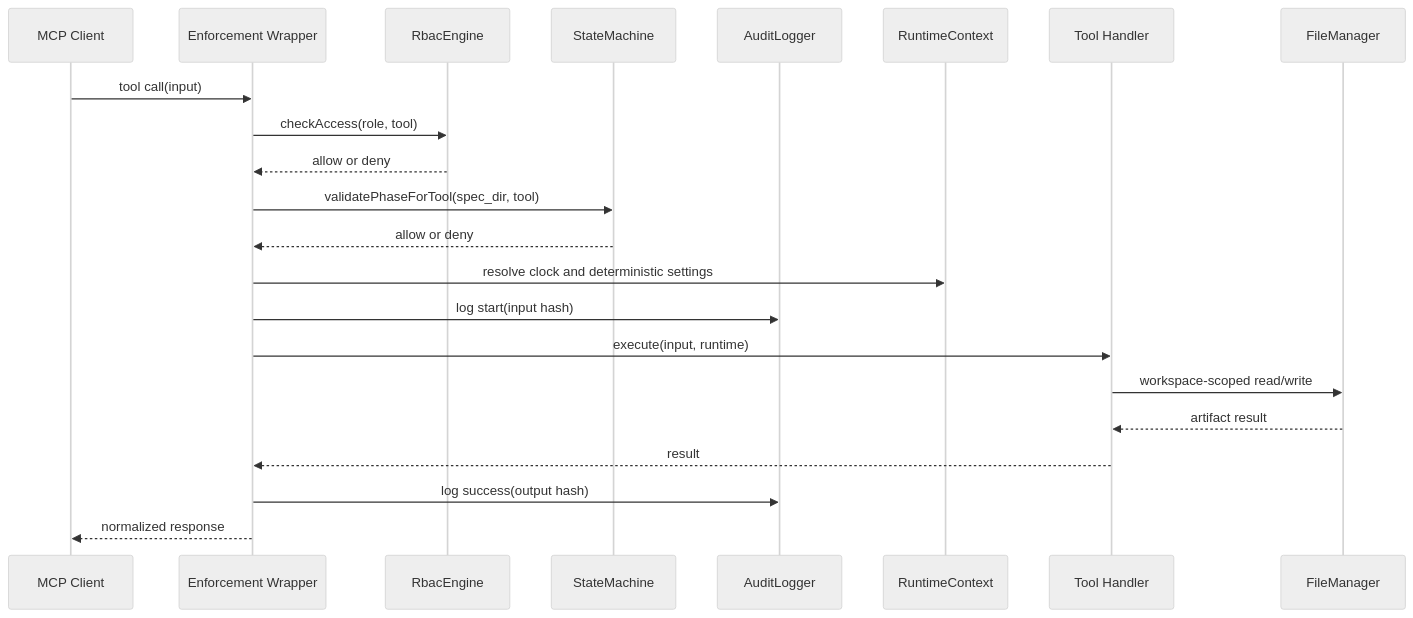
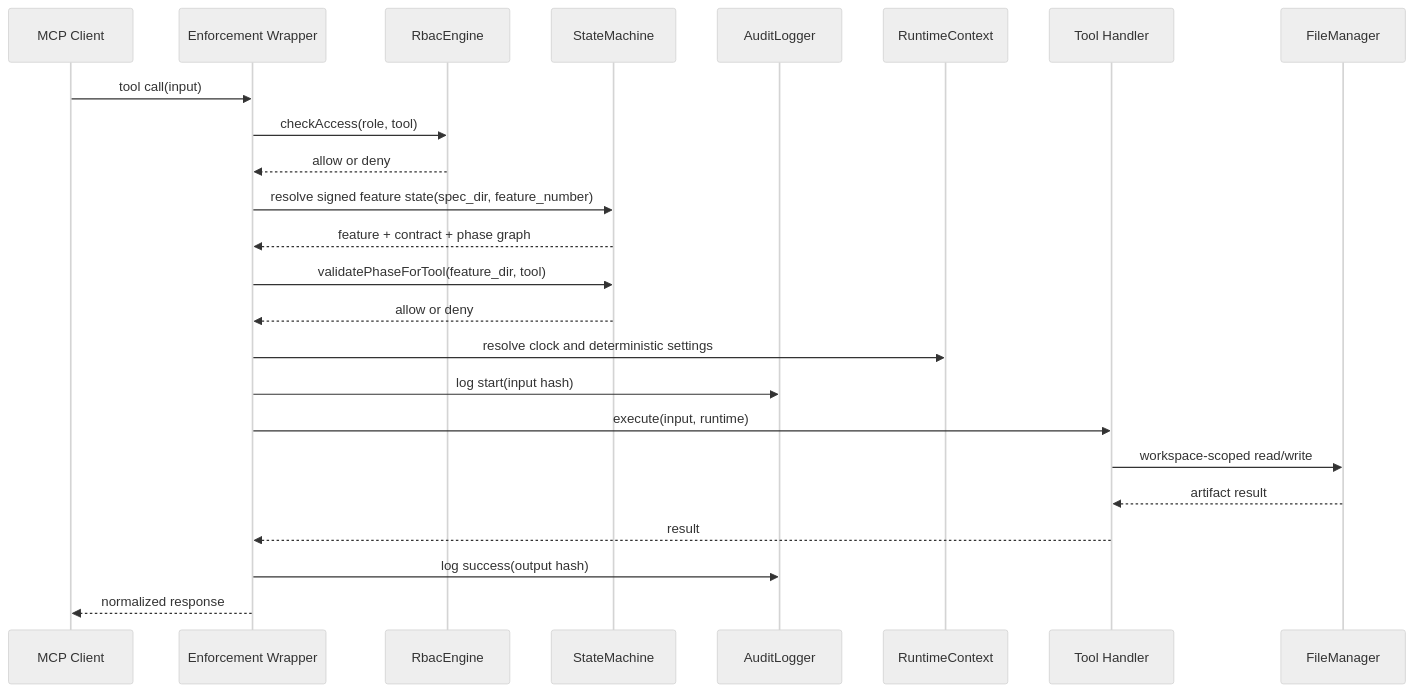
One commit to paulasilvatech/specky changed the fourth of 7 diagrams in docs/SYSTEM-DESIGN.md. Above: the diagram before and after it, drawn with Mermaid (neutral theme). The commit also changed other lines of this file and 49 other files, not shown here.

````diff
--- a/docs/SYSTEM-DESIGN.md
+++ b/docs/SYSTEM-DESIGN.md
@@ -88,25 +97,27 @@
 ```mermaid
 sequenceDiagram
   participant Client as MCP Client
   participant Wrapper as Enforcement Wrapper
   participant RBAC as RbacEngine
   participant State as StateMachine
   participant Audit as AuditLogger
   participant Runtime as RuntimeContext
   participant Handler as Tool Handler
   participant Files as FileManager
 
   Client->>Wrapper: tool call(input)
   Wrapper->>RBAC: checkAccess(role, tool)
   RBAC-->>Wrapper: allow or deny
-  Wrapper->>State: validatePhaseForTool(spec_dir, tool)
+  Wrapper->>State: resolve signed feature state(spec_dir, feature_number)
+  State-->>Wrapper: feature + contract + phase graph
+  Wrapper->>State: validatePhaseForTool(feature_dir, tool)
   State-->>Wrapper: allow or deny
   Wrapper->>Runtime: resolve clock and deterministic settings
   Wrapper->>Audit: log start(input hash)
   Wrapper->>Handler: execute(input, runtime)
   Handler->>Files: workspace-scoped read/write
   Files-->>Handler: artifact result
   Handler-->>Wrapper: result
   Wrapper->>Audit: log success(output hash)
   Wrapper-->>Client: normalized response
 ```
````
